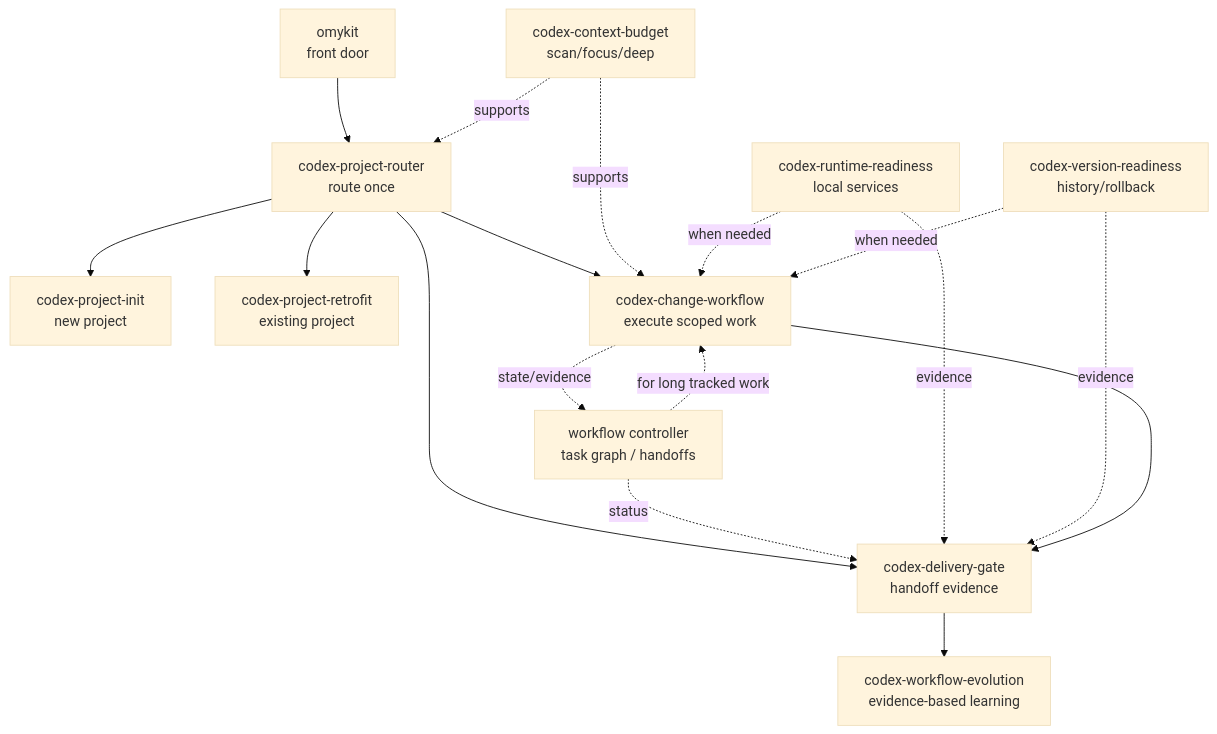
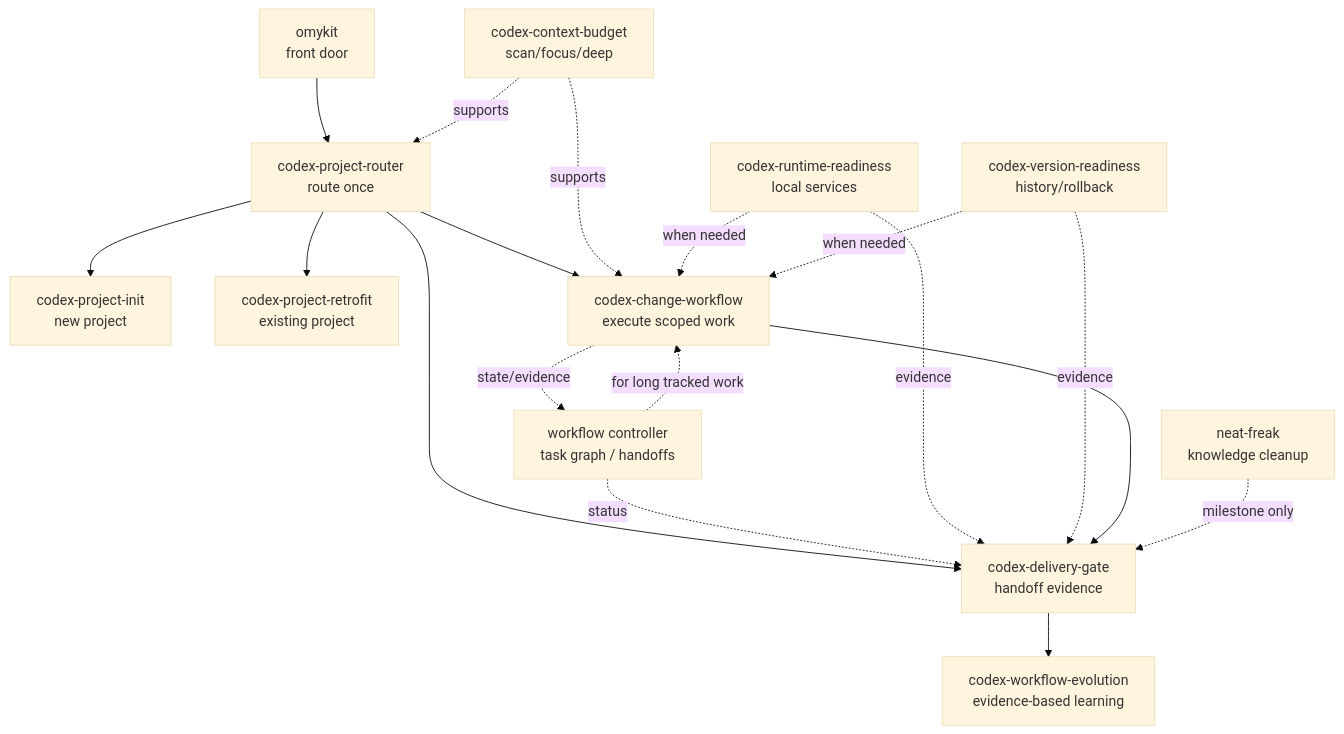
The diagram in docs/workflow/skill-coordination.md (GnosiST/omyKit), drawn with Mermaid (base theme) before and after one commit. The commit also changed other lines of this file and 28 other files, not shown here.

````diff
--- a/docs/workflow/skill-coordination.md
+++ b/docs/workflow/skill-coordination.md
@@ -17,19 +17,20 @@
 ```mermaid
 flowchart TD
     O["omykit<br/>front door"] --> R["codex-project-router<br/>route once"]
     R --> I["codex-project-init<br/>new project"]
     R --> F["codex-project-retrofit<br/>existing project"]
     R --> C["codex-change-workflow<br/>execute scoped work"]
     R --> D["codex-delivery-gate<br/>handoff evidence"]
     B["codex-context-budget<br/>scan/focus/deep"] -. supports .-> R
     B -. supports .-> C
     U["codex-runtime-readiness<br/>local services"] -. when needed .-> C
     V["codex-version-readiness<br/>history/rollback"] -. when needed .-> C
     K["workflow controller<br/>task graph / handoffs"] -. for long tracked work .-> C
     C -. state/evidence .-> K
     K -. status .-> D
     U -. evidence .-> D
     V -. evidence .-> D
     C --> D
+    N["neat-freak<br/>knowledge cleanup"] -. milestone only .-> D
     D --> E["codex-workflow-evolution<br/>evidence-based learning"]
 ```
````
